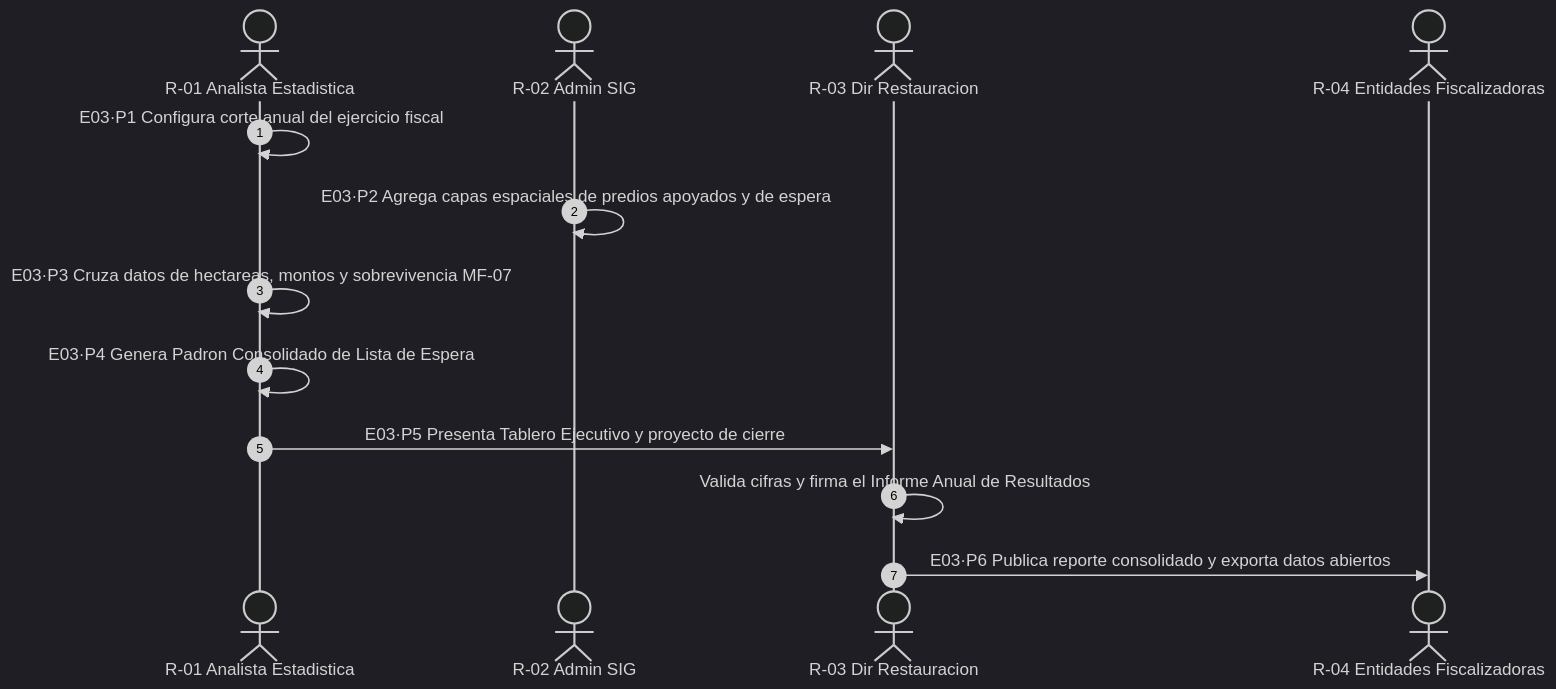
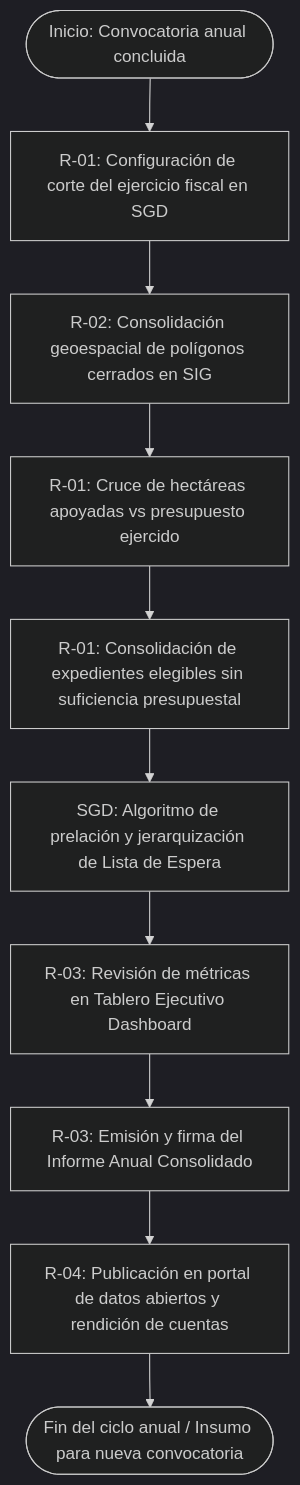
The diagram in Docs/Valeria/Masa_Forestal/E-03_ESTADISTICAS_CIERRE.md (TakedaTakeishi/proyecto-fepi), drawn with Mermaid (dark theme) before and after one commit.

Commit message:
Replace sequence diagram with flowchart in markdown

````diff
--- a/Docs/Valeria/Masa_Forestal/E-03_ESTADISTICAS_CIERRE.md
+++ b/Docs/Valeria/Masa_Forestal/E-03_ESTADISTICAS_CIERRE.md
@@ -97,16 +97,12 @@
 ```mermaid
-sequenceDiagram
-    autonumber
-    actor R01 as R-01 Analista Estadistica
-    actor R02 as R-02 Admin SIG
-    actor R03 as R-03 Dir Restauracion
-    actor R04 as R-04 Entidades Fiscalizadoras
-
-    R01->>R01: E03·P1 Configura corte anual del ejercicio fiscal
-    R02->>R02: E03·P2 Agrega capas espaciales de predios apoyados y de espera
-    R01->>R01: E03·P3 Cruza datos de hectareas, montos y sobrevivencia MF-07
-    R01->>R01: E03·P4 Genera Padron Consolidado de Lista de Espera
-    R01->>R03: E03·P5 Presenta Tablero Ejecutivo y proyecto de cierre
-    R03->>R03: Valida cifras y firma el Informe Anual de Resultados
-    R03->>R04: E03·P6 Publica reporte consolidado y exporta datos abiertos
+flowchart TD
+    A([Inicio: Convocatoria anual concluida]) --> B[R-01: Configuración de corte del ejercicio fiscal en SGD]
+    B --> C[R-02: Consolidación geoespacial de polígonos cerrados en SIG]
+    C --> D[R-01: Cruce de hectáreas apoyadas vs presupuesto ejercido]
+    D --> E[R-01: Consolidación de expedientes elegibles sin suficiencia presupuestal]
+    E --> F[SGD: Algoritmo de prelación y jerarquización de Lista de Espera]
+    F --> G[R-03: Revisión de métricas en Tablero Ejecutivo Dashboard]
+    G --> H[R-03: Emisión y firma del Informe Anual Consolidado]
+    H --> I[R-04: Publicación en portal de datos abiertos y rendición de cuentas]
+    I --> Z([Fin del ciclo anual / Insumo para nueva convocatoria])
 ```
````
